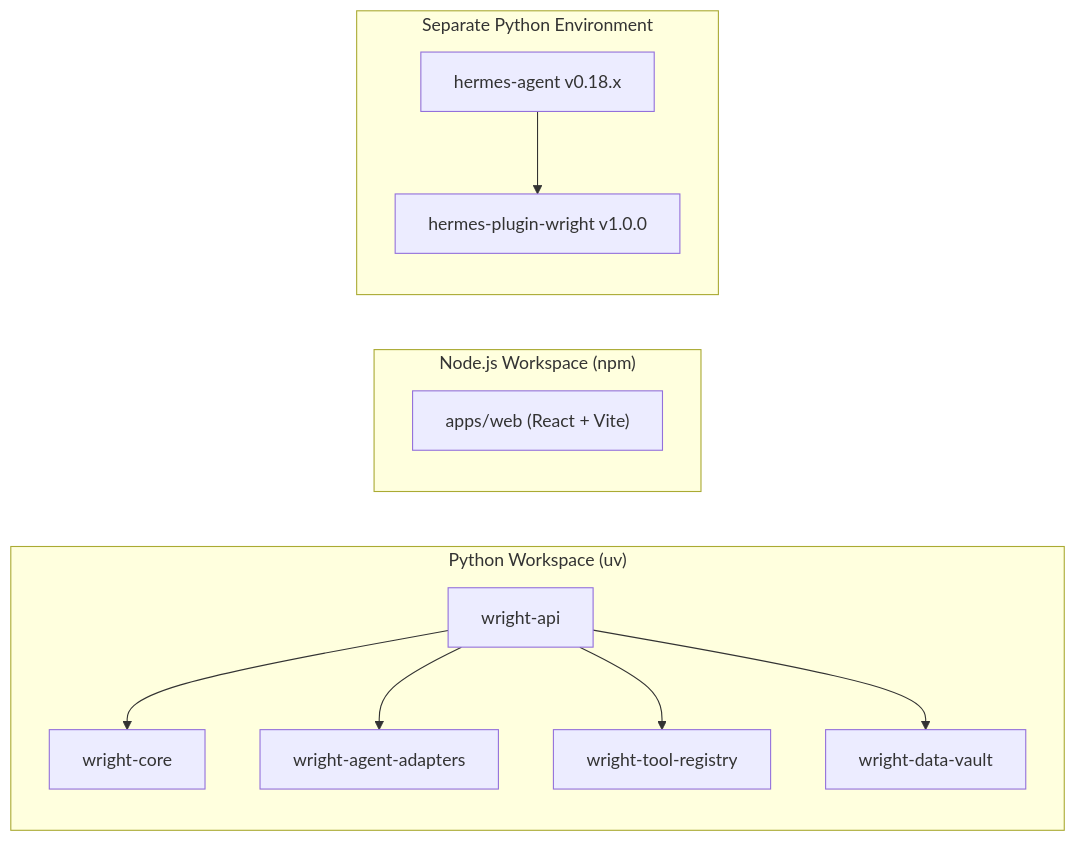
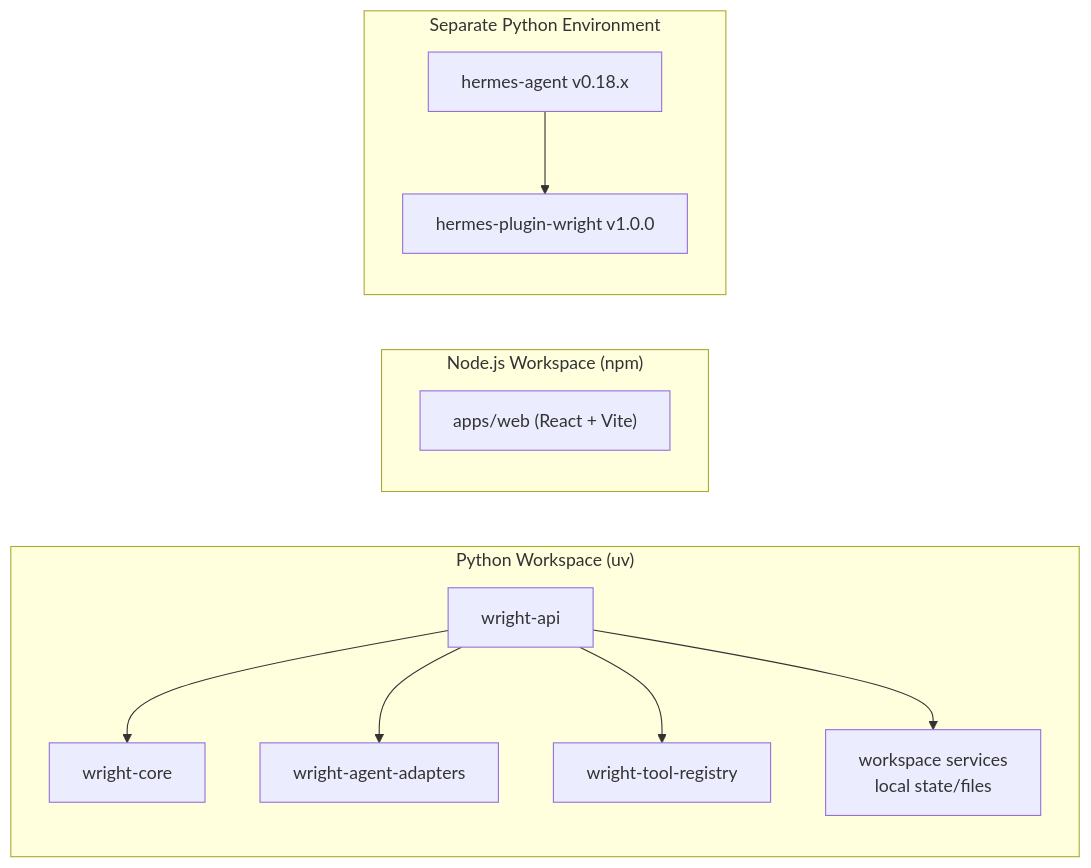
The second of 8 diagrams in docs/deployment-configurations.md (burhop/wright), drawn with Mermaid before and after one commit. The commit also changed other lines of this file and 20 other files, not shown here.

````diff
--- a/docs/deployment-configurations.md
+++ b/docs/deployment-configurations.md
@@ -125,24 +125,24 @@
 ```mermaid
 graph LR
     subgraph "Python Workspace (uv)"
         API["wright-api"]
         CORE["wright-core"]
         AA["wright-agent-adapters"]
         TR["wright-tool-registry"]
-        DV["wright-data-vault"]
+        WS["workspace services<br/>local state/files"]
         API --> CORE
         API --> AA
         API --> TR
-        API --> DV
+        API --> WS
     end
 
     subgraph "Node.js Workspace (npm)"
         WEB["apps/web (React + Vite)"]
     end
 
     subgraph "Separate Python Environment"
         HERMES["hermes-agent v0.18.x"]
         PLUGIN["hermes-plugin-wright v1.0.0"]
         HERMES --> PLUGIN
     end
 ```
````
